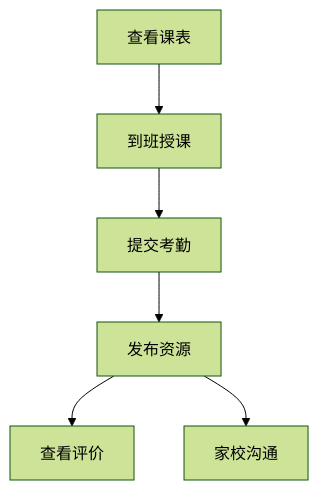
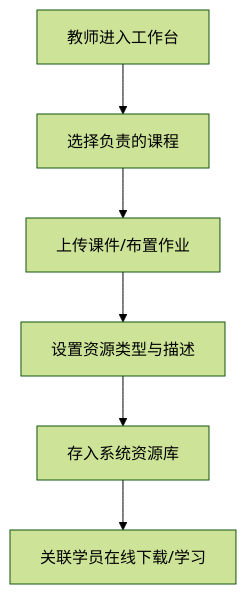
The fifth of 6 diagrams in docs/项目详细设计文档.md (AetherSM/zhao), drawn with Mermaid (forest theme) before and after one commit. The commit also changed other lines of this file and 10 other files, not shown here.

````diff
--- a/docs/项目详细设计文档.md
+++ b/docs/项目详细设计文档.md
@@ -228,8 +327,8 @@
 ```mermaid
 graph TD
-    A[查看课表] --> B[到班授课]
-    B --> C[提交考勤]
-    C --> D[发布资源]
-    D --> E[查看评价]
-    D --> F[家校沟通]
+    T[教师进入工作台] --> T1[选择负责的课程]
+    T1 --> T2[上传课件/布置作业]
+    T2 --> T3[设置资源类型与描述]
+    T3 --> T4[存入系统资源库]
+    T4 --> S[关联学员在线下载/学习]
 ```
````
